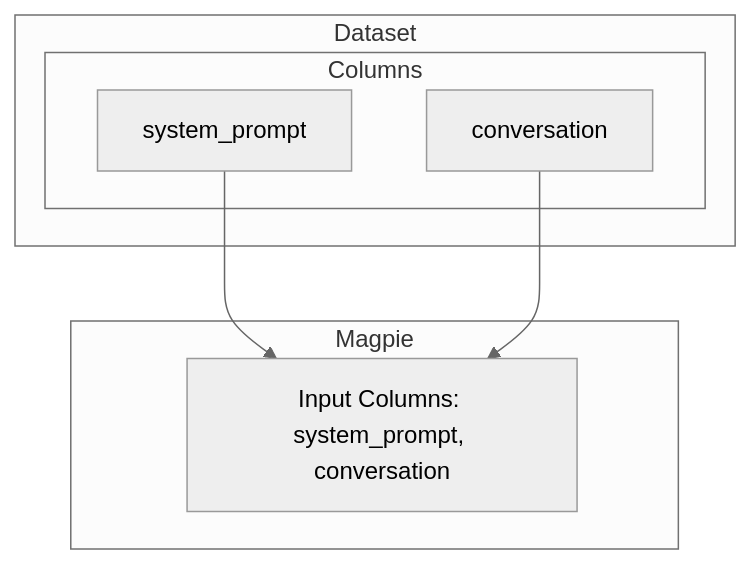
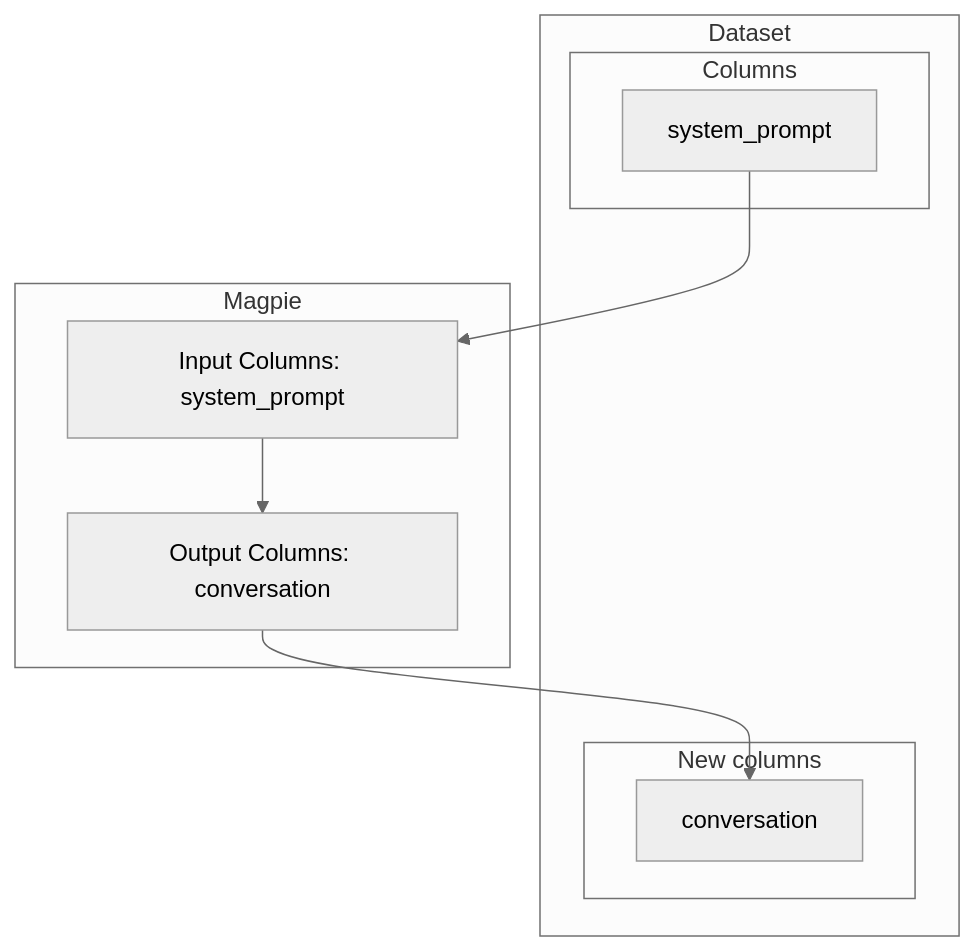
Before and after one commit to argilla-io/distilabel: the diagram in pr-778/components-gallery/tasks/magpie.md, drawn with Mermaid (neutral theme). The commit also changed other lines of this file and 3 other files, not shown here.

````diff
--- a/pr-778/components-gallery/tasks/magpie.md
+++ b/pr-778/components-gallery/tasks/magpie.md
@@ -41,17 +39,21 @@
 ``` mermaid
 graph TD
 	subgraph Dataset
 		subgraph Columns
 			ICOL0[system_prompt]
-			ICOL1[conversation]
+		end
+		subgraph New columns
+			OCOL0[conversation]
 		end
 	end
 
 	subgraph Magpie
-		StepInput[Input Columns: system_prompt, conversation]
+		StepInput[Input Columns: system_prompt]
+		StepOutput[Output Columns: conversation]
 	end
 
 	ICOL0 --> StepInput
-	ICOL1 --> StepInput
+	StepOutput --> OCOL0
+	StepInput --> StepOutput
 
 ```
````
